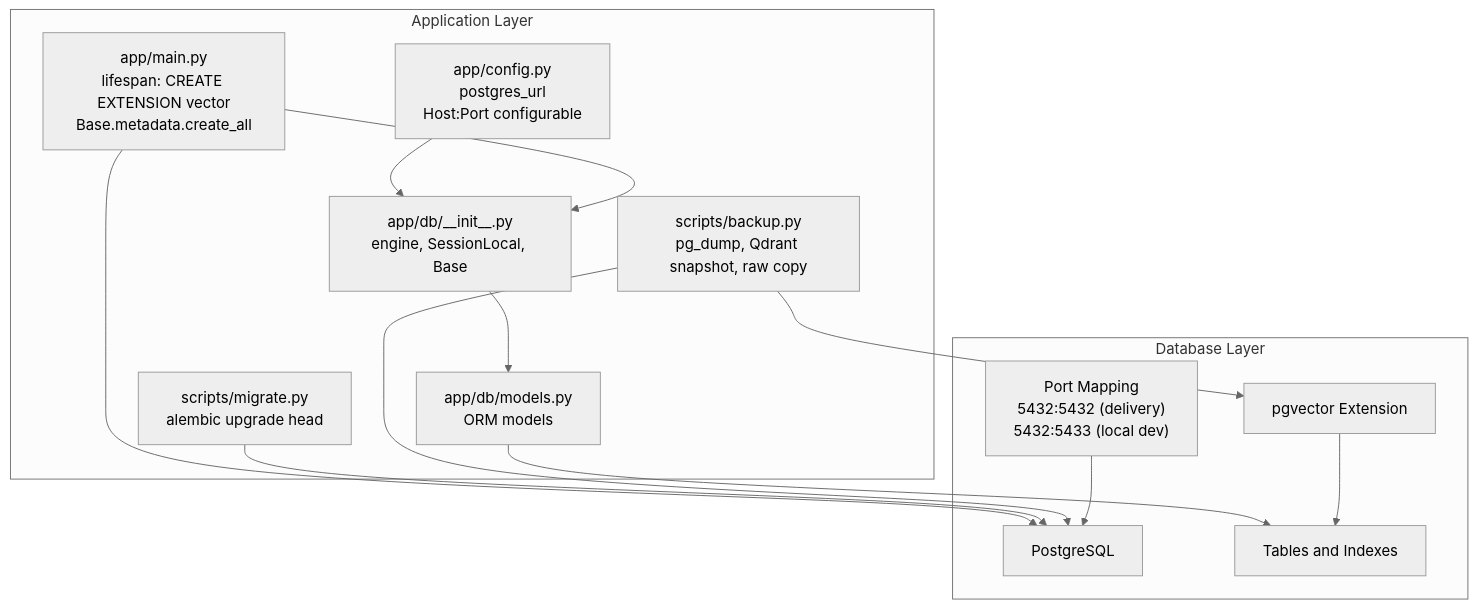
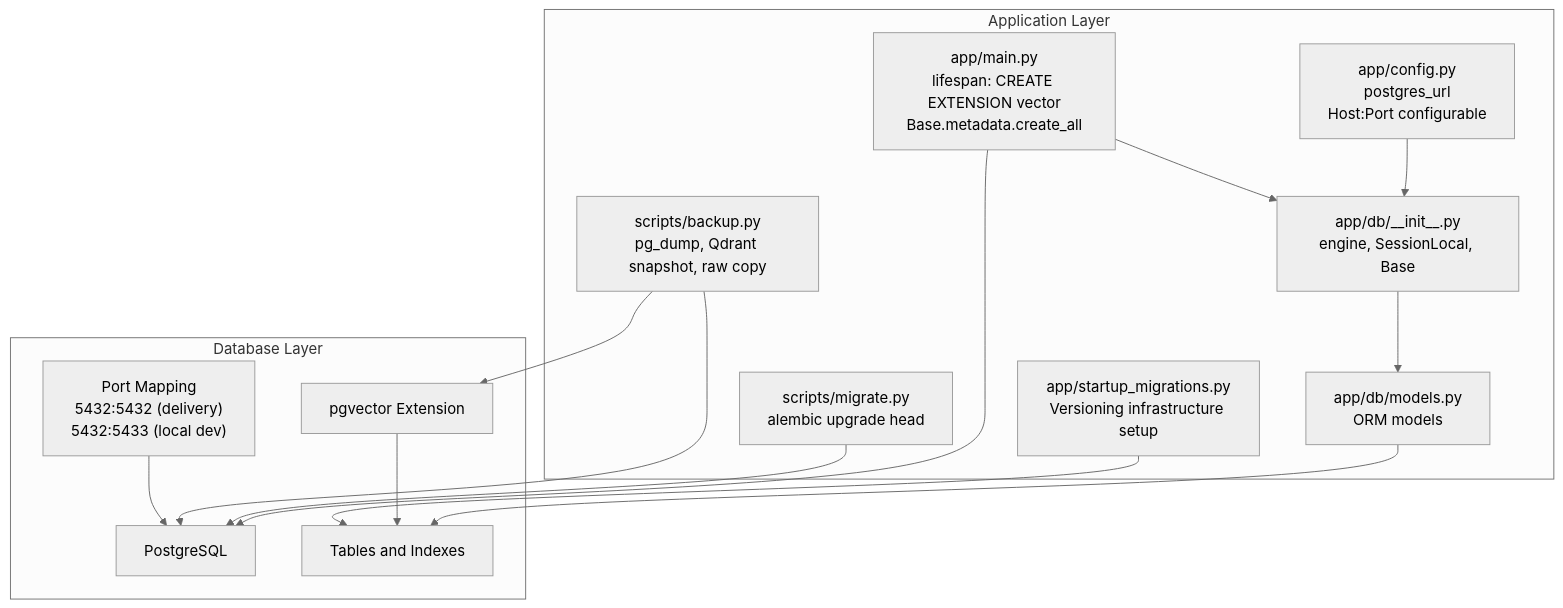
One commit to genes8/private-ai changed the second of 7 diagrams in .qoder/repowiki/en/content/Database Design/Database Design.md. Above: the diagram before and after it, drawn with Mermaid (neutral theme). The commit also changed other lines of this file and 7 other files, not shown here.

First line of the commit message:
fix: startup_migrations SQLAlchemy text() bind-parameter parsing bug

````diff
--- a/.qoder/repowiki/en/content/Database Design/Database Design.md
+++ b/.qoder/repowiki/en/content/Database Design/Database Design.md
@@ -172,27 +192,29 @@
 ```mermaid
 graph TB
 subgraph "Application Layer"
 Main["app/main.py<br/>lifespan: CREATE EXTENSION vector<br/>Base.metadata.create_all"]
 Config["app/config.py<br/>postgres_url<br/>Host:Port configurable"]
 DBInit["app/db/__init__.py<br/>engine, SessionLocal, Base"]
 Models["app/db/models.py<br/>ORM models"]
 MigrateScript["scripts/migrate.py<br/>alembic upgrade head"]
 BackupScript["scripts/backup.py<br/>pg_dump, Qdrant snapshot, raw copy"]
+StartupMigrations["app/startup_migrations.py<br/>Versioning infrastructure setup"]
 end
 subgraph "Database Layer"
 PG["PostgreSQL"]
 VectorExt["pgvector Extension"]
 Schema["Tables and Indexes"]
 DockerPorts["Port Mapping<br/>5432:5432 (delivery)<br/>5432:5433 (local dev)"]
 end
 Config --> DBInit
 DBInit --> Models
 Main --> DBInit
 Main --> PG
 Models --> Schema
 VectorExt --> Schema
 MigrateScript --> PG
 BackupScript --> PG
 BackupScript --> VectorExt
+StartupMigrations --> Schema
 DockerPorts --> PG
 ```
````
